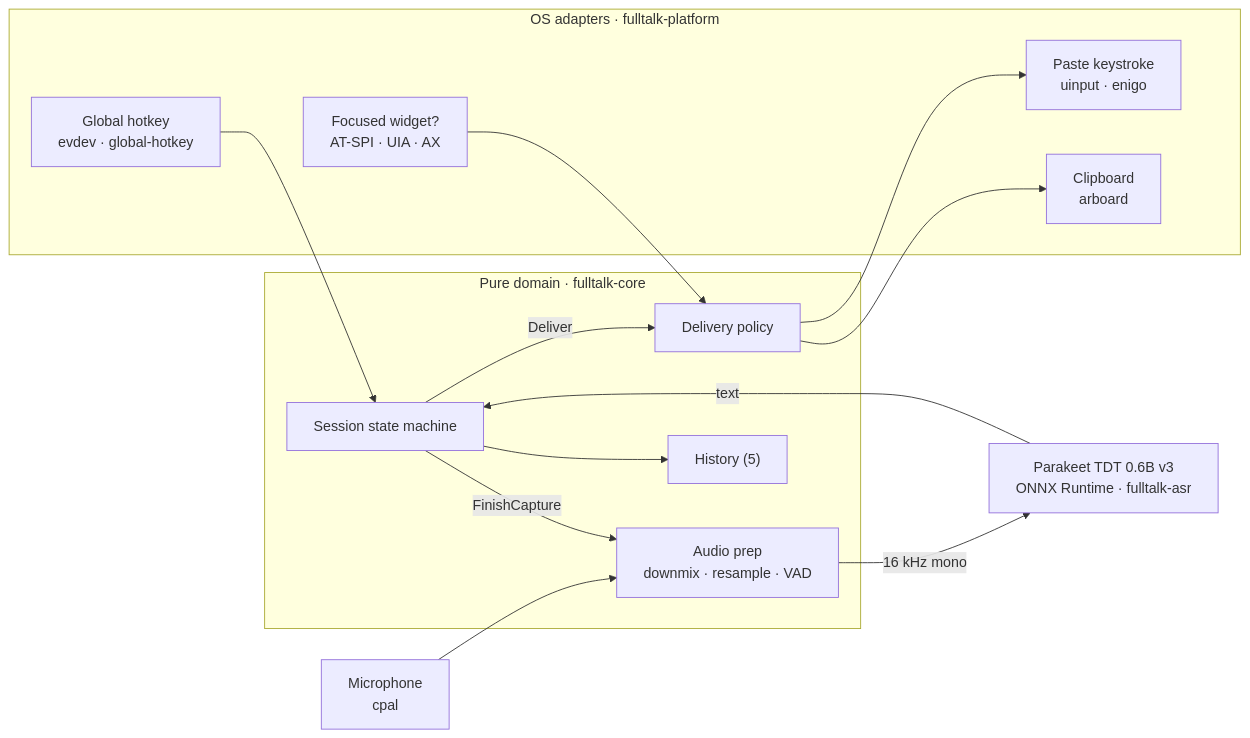
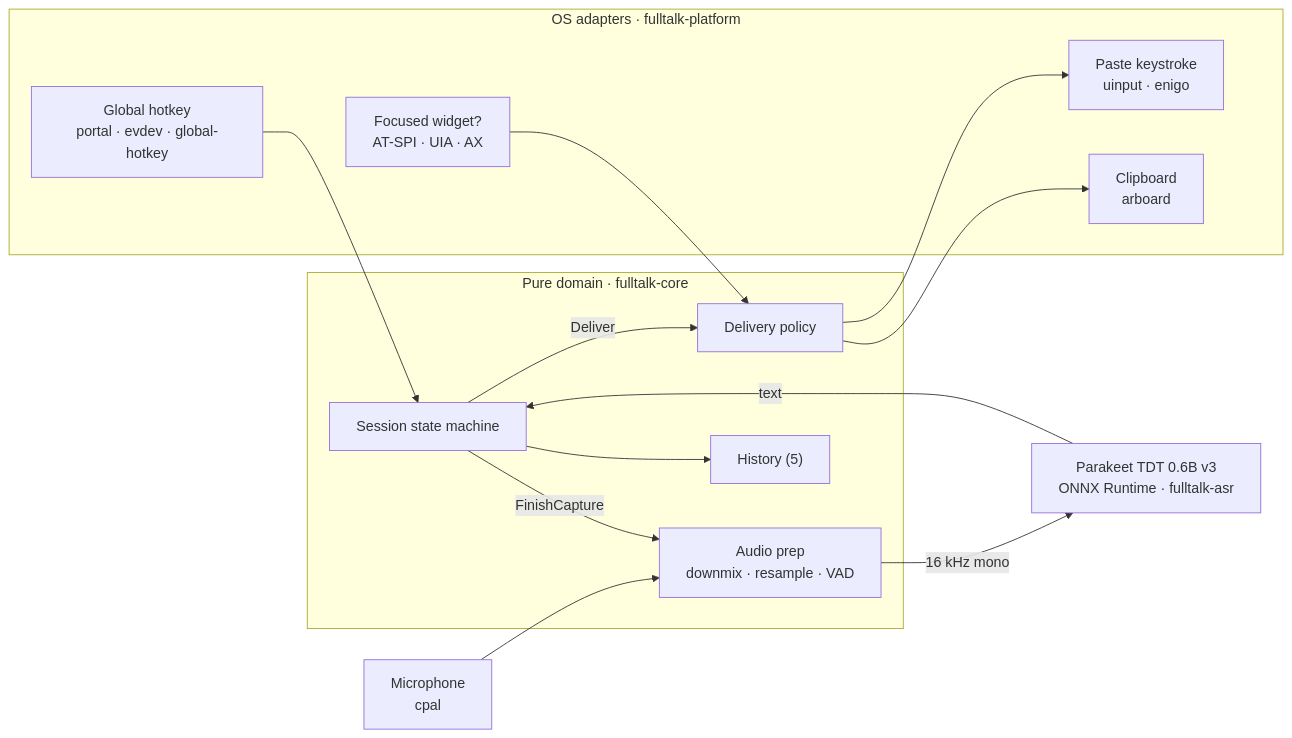
Before and after one commit to RafaelFariaFerreira/fulltalk-dev: the diagram in README.md, drawn with Mermaid. The commit also changed other lines of this file and 9 other files, not shown here.

````diff
--- a/README.md
+++ b/README.md
@@ -144,25 +150,25 @@
 ```mermaid
 flowchart LR
     subgraph OS["OS adapters · fulltalk-platform"]
-        HK["Global hotkey<br/>evdev · global-hotkey"]
+        HK["Global hotkey<br/>portal · evdev · global-hotkey"]
         FP["Focused widget?<br/>AT-SPI · UIA · AX"]
         PS["Paste keystroke<br/>uinput · enigo"]
         CB["Clipboard<br/>arboard"]
     end
     subgraph Core["Pure domain · fulltalk-core"]
         SM["Session state machine"]
         DP["Delivery policy"]
         AU["Audio prep<br/>downmix · resample · VAD"]
         HI["History (5)"]
     end
     MIC["Microphone<br/>cpal"] --> AU
     HK --> SM
     SM -->|FinishCapture| AU
     AU -->|16 kHz mono| ASR["Parakeet TDT 0.6B v3<br/>ONNX Runtime · fulltalk-asr"]
     ASR -->|text| SM
     SM -->|Deliver| DP
     FP --> DP
     DP --> CB
     DP --> PS
     SM --> HI
 ```
````
